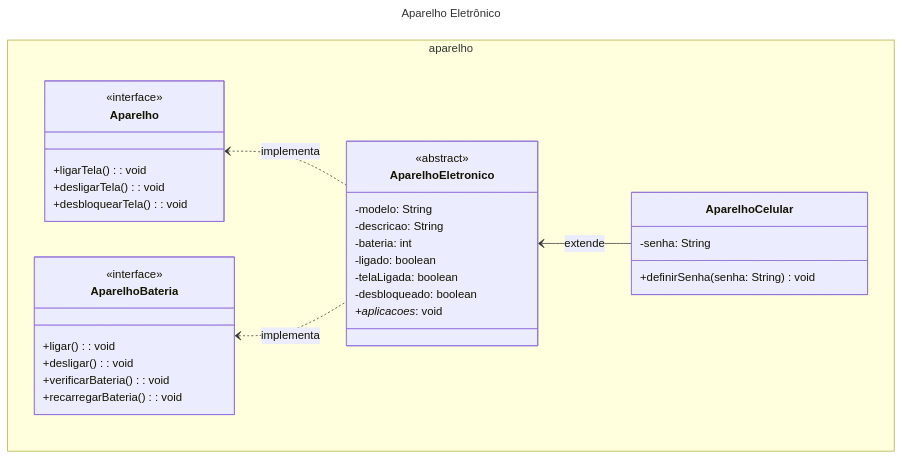
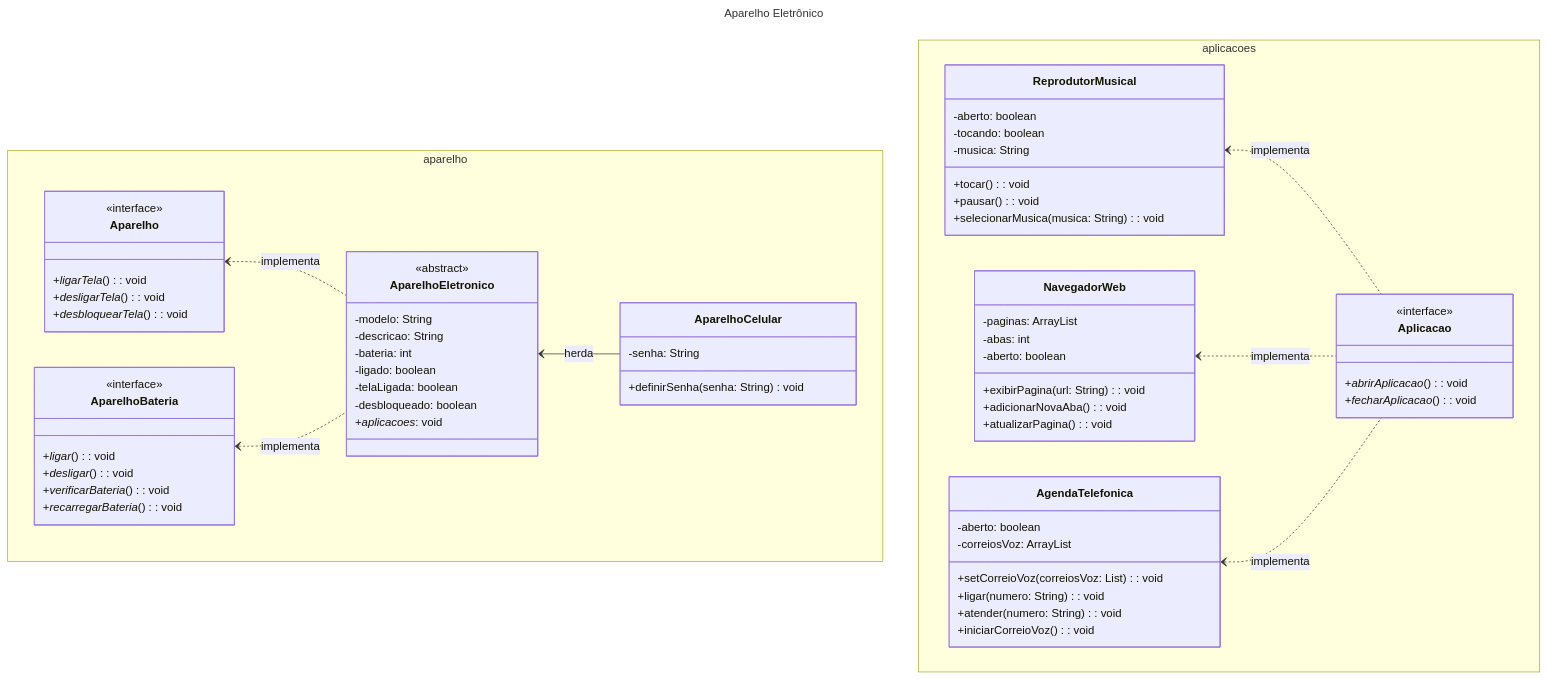
Before and after one commit to lfslopes/ComponenteIphone: the diagram in src/lfslopes/dio/aparelhoeletronico/Classificacao-Aparelho.md, drawn with Mermaid. The commit also changed other lines of this file, not shown here.

Commit message:
Explicando o relacionamento entre as classes presentes no diagrama

````diff
--- a/src/lfslopes/dio/aparelhoeletronico/Classificacao-Aparelho.md
+++ b/src/lfslopes/dio/aparelhoeletronico/Classificacao-Aparelho.md
@@ -3,38 +10,73 @@
 ```mermaid
 ---
 title: Aparelho Eletrônico
 ---
 classDiagram
   namespace aparelho {
     class Aparelho{
       <<interface>>
-      +ligarTela(): void
-      +desligarTela(): void
-      +desbloquearTela(): void
+      +*ligarTela*(): void
+      +*desligarTela*(): void
+      +*desbloquearTela*(): void
     }
     class AparelhoBateria{
       <<interface>>
-      +ligar(): void
-      +desligar(): void
-      +verificarBateria(): void
-      +recarregarBateria(): void
+      +*ligar*(): void
+      +*desligar*(): void
+      +*verificarBateria*(): void
+      +*recarregarBateria*(): void
     }
     class AparelhoEletronico{
       <<abstract>>
       -modelo: String
       -descricao: String
       -bateria: int
       -ligado: boolean
       -telaLigada: boolean
       -desbloqueado: boolean
-      *+aplicacoes*: void
+      +*aplicacoes*: void
     }
     class AparelhoCelular {
       -senha: String
       +definirSenha(senha: String) void
     }
 }
+namespace aplicacoes {
+  class Aplicacao {
+    <<interface>>
+    +*abrirAplicacao*(): void
+    +*fecharAplicacao*(): void
+  }
+  class AgendaTelefonica {
+    -aberto: boolean
+    -correiosVoz: ArrayList<String>
+    +setCorreioVoz(correiosVoz: List<String>): void
+    +ligar(numero: String): void
+    +atender(numero: String): void
+    +iniciarCorreioVoz(): void
+  }
+  class NavegadorWeb {
+    -paginas: ArrayList<String>
+    -abas: int
+    -aberto: boolean
+    +exibirPagina(url: String): void
+    +adicionarNovaAba(): void
+    +atualizarPagina(): void
+  }
+  class ReprodutorMusical {
+    -aberto: boolean
+    -tocando: boolean
+    -musica: String
+    +tocar(): void
+    +pausar(): void
+    +selecionarMusica(musica: String): void
+  }
+}
 Aparelho <.. AparelhoEletronico : implementa
 AparelhoBateria <.. AparelhoEletronico : implementa
-AparelhoEletronico <-- AparelhoCelular : extende
+AparelhoEletronico <-- AparelhoCelular : herda
+
+ReprodutorMusical <.. Aplicacao : implementa
+NavegadorWeb <.. Aplicacao : implementa
+AgendaTelefonica <.. Aplicacao : implementa
 ```
````
